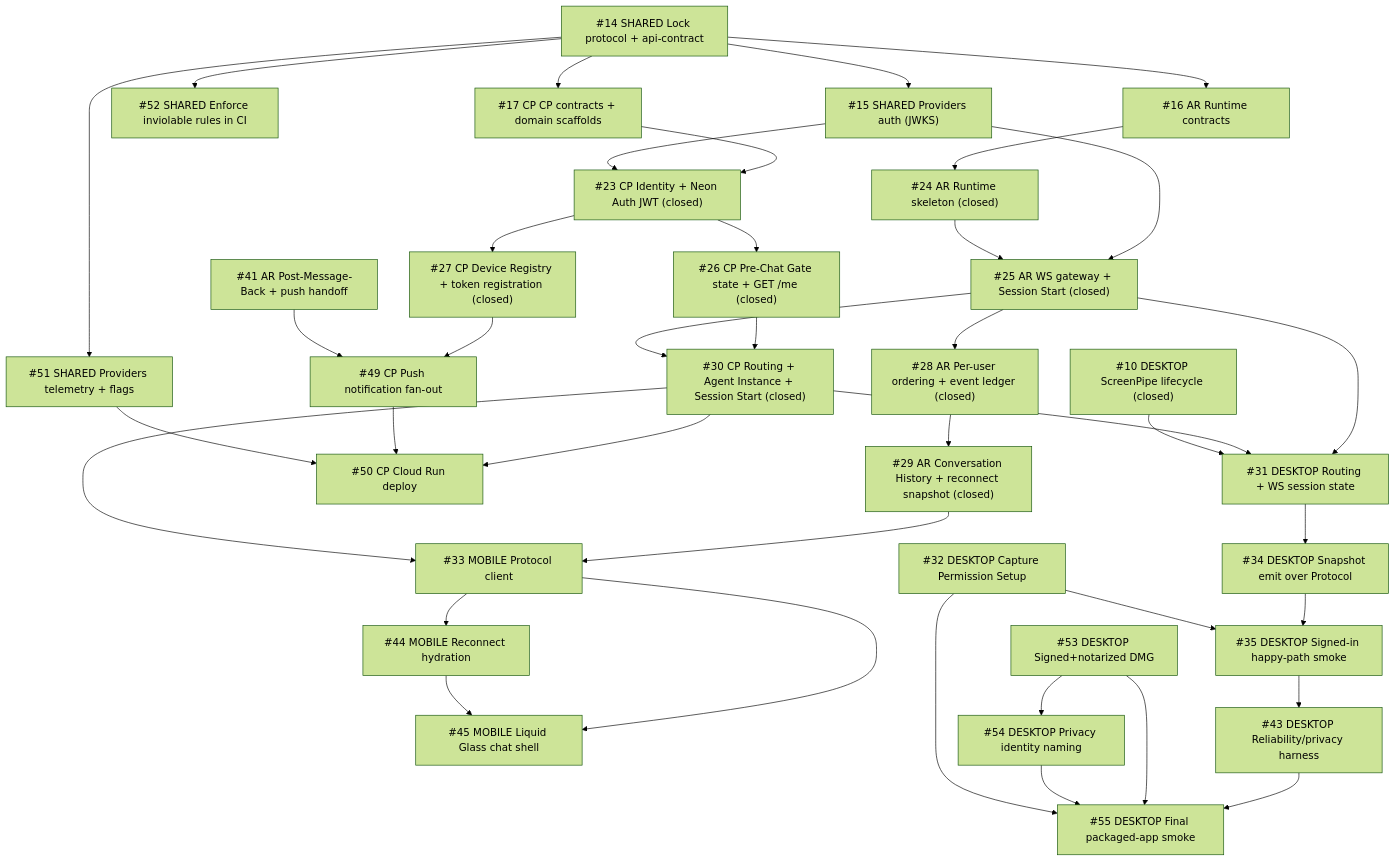
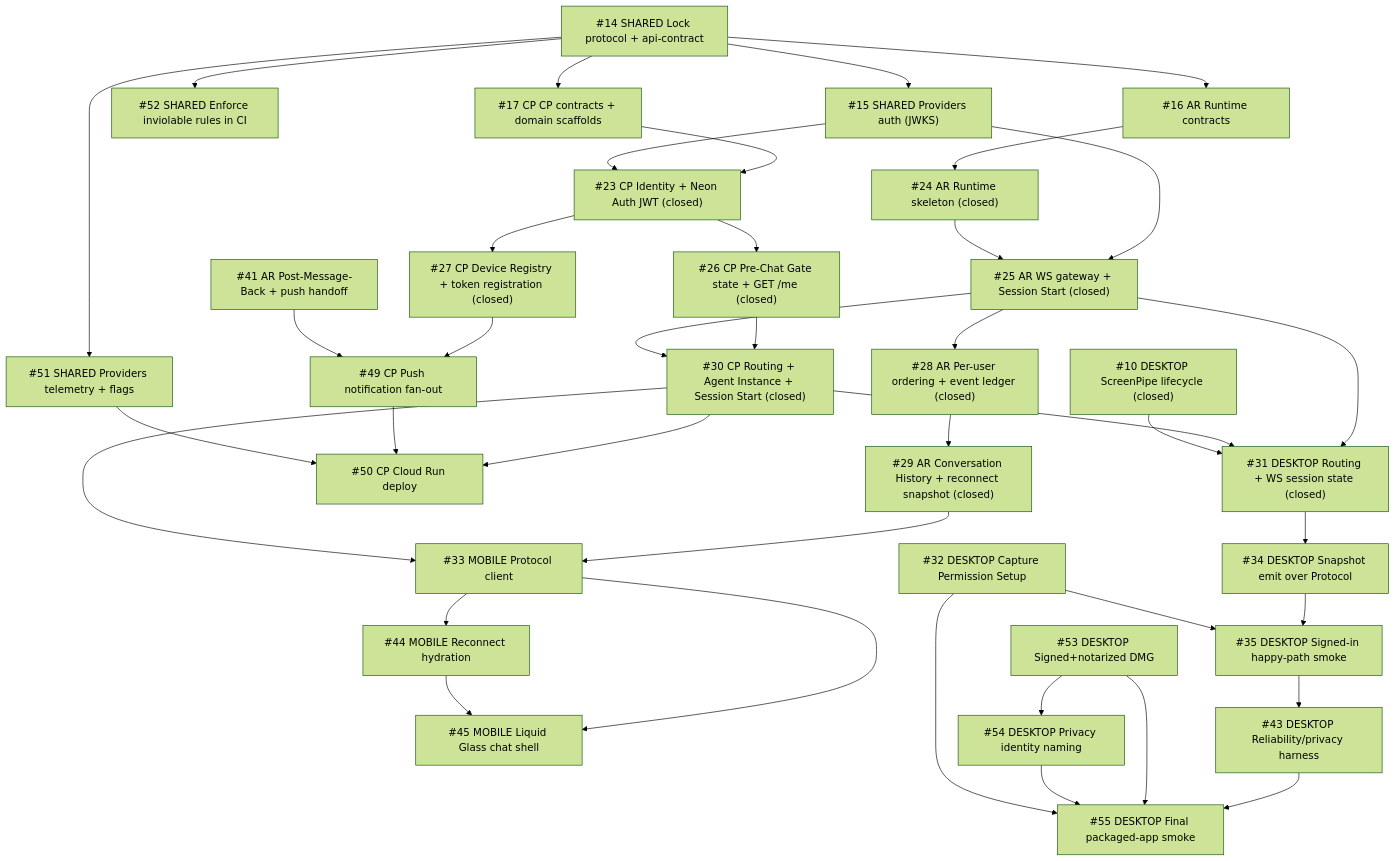
One commit to sruj75/Intentive changed the diagram in docs/ISSUE-BOARD.md. Above: the diagram before and after it, drawn with Mermaid (forest theme). The commit also changed other lines of this file and 31 other files, not shown here.

````diff
--- a/docs/ISSUE-BOARD.md
+++ b/docs/ISSUE-BOARD.md
@@ -28,48 +28,48 @@
 ```mermaid
 flowchart TD
   N08["#14 SHARED Lock protocol + api-contract"] --> N09["#15 SHARED Providers auth (JWKS)"]
   N08 --> N45["#51 SHARED Providers telemetry + flags"]
   N08 --> N46["#52 SHARED Enforce inviolable rules in CI"]
 
   N08 --> N10["#16 AR Runtime contracts"]
   N08 --> N11["#17 CP CP contracts + domain scaffolds"]
 
   N10 --> N18["#24 AR Runtime skeleton (closed)"]
   N09 --> N19
   N18 --> N19["#25 AR WS gateway + Session Start (closed)"]
   N19 --> N22["#28 AR Per-user ordering + event ledger (closed)"]
   N22 --> N23["#29 AR Conversation History + reconnect snapshot (closed)"]
 
   N11 --> N17["#23 CP Identity + Neon Auth JWT (closed)"]
   N09 --> N17
   N17 --> N20["#26 CP Pre-Chat Gate state + GET /me (closed)"]
   N17 --> N21["#27 CP Device Registry + token registration (closed)"]
   N20 --> N24["#30 CP Routing + Agent Instance + Session Start (closed)"]
   N19 --> N24
   N21 --> N43["#49 CP Push notification fan-out"]
   N35["#41 AR Post-Message-Back + push handoff"] --> N43
   N24 --> N44["#50 CP Cloud Run deploy"]
   N43 --> N44
   N45 --> N44
 
   N23 --> N27["#33 MOBILE Protocol client"]
   N24 --> N27
   N27 --> N38["#44 MOBILE Reconnect hydration"]
   N27 --> N39["#45 MOBILE Liquid Glass chat shell"]
   N38 --> N39
 
-  N19 --> N25["#31 DESKTOP Routing + WS session state"]
+  N19 --> N25["#31 DESKTOP Routing + WS session state (closed)"]
   N24 --> N25
   N04["#10 DESKTOP ScreenPipe lifecycle (closed)"] --> N25
   N25 --> N28["#34 DESKTOP Snapshot emit over Protocol"]
   N28 --> N29["#35 DESKTOP Signed-in happy-path smoke"]
 
   N47["#53 DESKTOP Signed+notarized DMG"] --> N48["#54 DESKTOP Privacy identity naming"]
   N26["#32 DESKTOP Capture Permission Setup"] --> N29
   N49["#55 DESKTOP Final packaged-app smoke"]
   N29 --> N37["#43 DESKTOP Reliability/privacy harness"]
   N37 --> N49
   N47 --> N49
   N48 --> N49
   N26 --> N49
 ```
````
